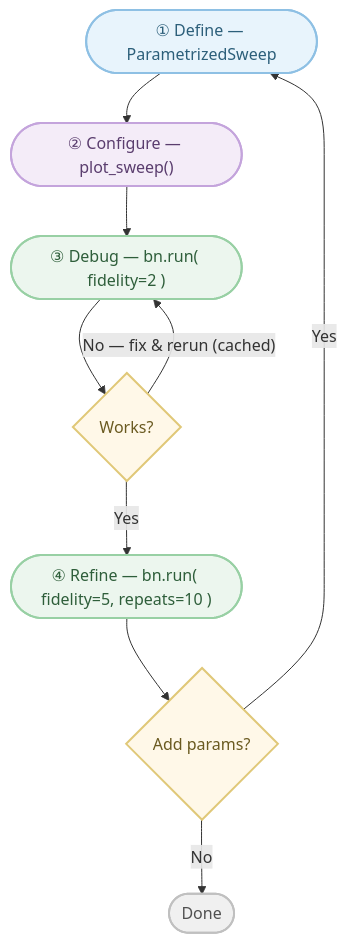
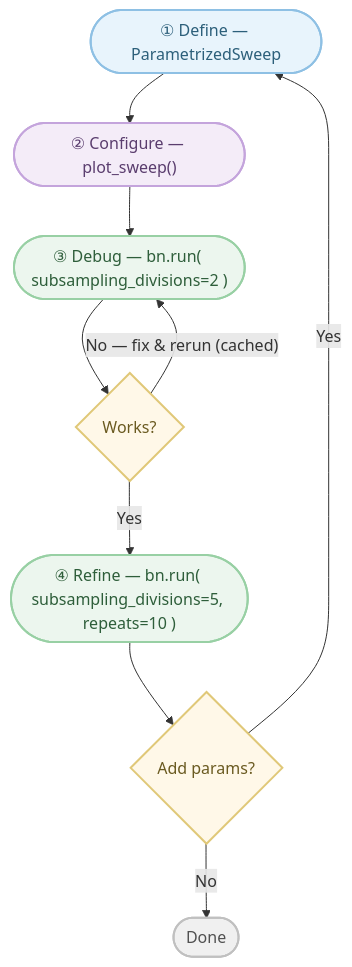
The second of 2 diagrams in docs/concepts.md (blooop/bencher), drawn with Mermaid before and after one commit. The commit also changed other lines of this file and 60 other files, not shown here.

First line of the commit message:
Rename 'fidelity' to 'subsampling_divisions' and add UNSET sentinel for default detection

````diff
--- a/docs/concepts.md
+++ b/docs/concepts.md
@@ -159,23 +159,23 @@
 ```{mermaid}
 flowchart TD
     Define(["① Define — ParametrizedSweep"])
     Configure(["② Configure — plot_sweep()"])
-    Debug(["③ Debug — bn.run( fidelity=2 )"])
+    Debug(["③ Debug — bn.run( subsampling_divisions=2 )"])
     Check{"Works?"}
-    Refine(["④ Refine — bn.run( fidelity=5, repeats=10 )"])
+    Refine(["④ Refine — bn.run( subsampling_divisions=5, repeats=10 )"])
     Done{"Add params?"}
 
     Define --> Configure --> Debug --> Check
     Check -- "No — fix & rerun (cached)" --> Debug
     Check -- "Yes" --> Refine --> Done
     Done -- "Yes" --> Define
     Done -- "No" --> Stop([Done])
 
     style Define fill:#e8f4fc,stroke:#8ec0e4,color:#2c5f7a,stroke-width:2px
     style Configure fill:#f4ecf8,stroke:#c4a4dc,color:#5a3d6e,stroke-width:2px
     style Debug fill:#ecf6ee,stroke:#98d0a4,color:#2e5e3a,stroke-width:2px
     style Refine fill:#ecf6ee,stroke:#98d0a4,color:#2e5e3a,stroke-width:2px
     style Check fill:#fff8e8,stroke:#e0c878,color:#6a5a20,stroke-width:2px
     style Done fill:#fff8e8,stroke:#e0c878,color:#6a5a20,stroke-width:2px
     style Stop fill:#f0f0f0,stroke:#c0c0c0,color:#505050,stroke-width:2px
 ```
````
